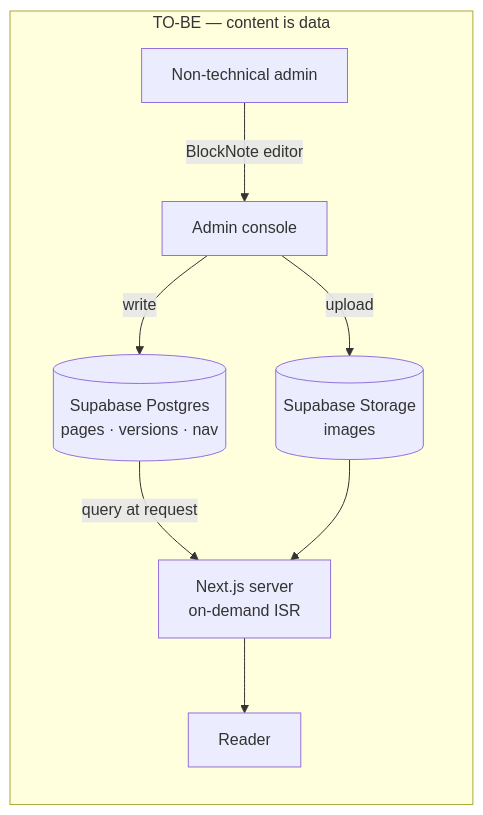
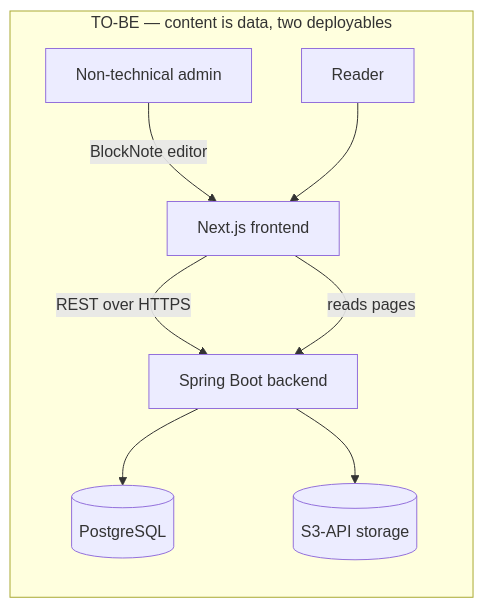
One commit to Oudompanha123/coc-docs-platform-renewal changed the second of 6 diagrams in docs/design/architecture-overview.md. Above: the diagram before and after it, drawn with Mermaid. The commit also changed other lines of this file and 14 other files, not shown here.

````diff
--- a/docs/design/architecture-overview.md
+++ b/docs/design/architecture-overview.md
@@ -22,11 +25,11 @@
 ```mermaid
 graph LR
-  subgraph TO-BE["TO-BE — content is data"]
-    B1[(Supabase Postgres<br/>pages · versions · nav)] -->|query at request| B2[Next.js server<br/>on-demand ISR]
-    B2 --> B3[Reader]
-    B4[Non-technical admin] -->|BlockNote editor| B5[Admin console]
-    B5 -->|write| B1
-    B6[(Supabase Storage<br/>images)] --> B2
-    B5 -->|upload| B6
+  subgraph TO-BE["TO-BE — content is data, two deployables"]
+    B4[Non-technical admin] -->|BlockNote editor| B5[Next.js frontend]
+    B5 -->|REST over HTTPS| B6[Spring Boot backend]
+    B6 --> B1[(PostgreSQL)]
+    B6 --> B7[(S3-API storage)]
+    B5 -->|reads pages| B6
+    B8[Reader] --> B5
   end
 ```
````
